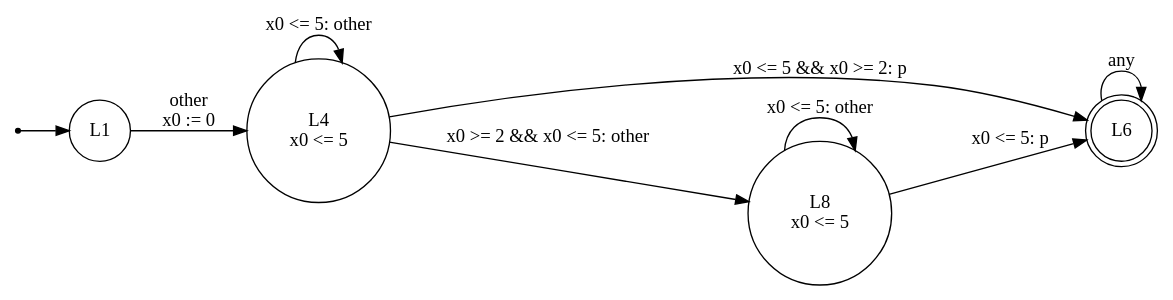
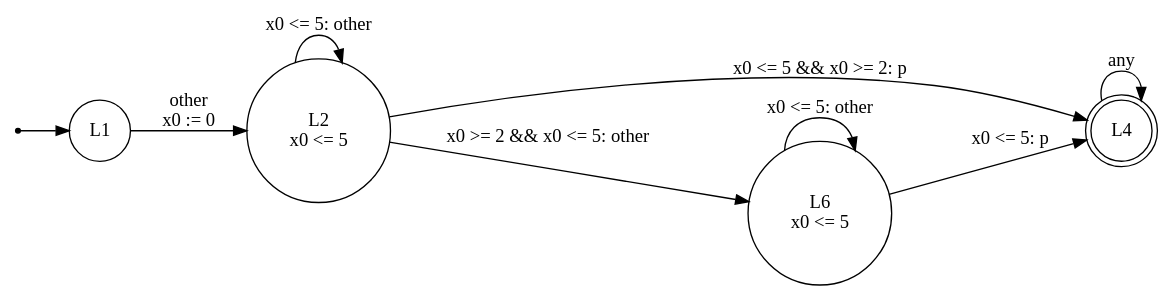
One commit to efares1/rocq-tba-optimization-uppaal-export changed the diagram in evaluation/out/F11.dot. Above: the diagram before and after it, drawn with Graphviz. The commit also changed 268 other files, not shown here.

```diff
--- a/evaluation/out/F11.dot
+++ b/evaluation/out/F11.dot
@@ -1,17 +1,17 @@
 digraph TA {
   rankdir=LR;
   node [shape=circle];
   init [shape=point];
   init -> L1;
   L1 [shape=circle, label="L1"];
-  L4 [shape=circle, label="L4\nx0 <= 5"];
-  L6 [shape=doublecircle, label="L6"];
-  L8 [shape=circle, label="L8\nx0 <= 5"];
-  L1 -> L4 [label="other\nx0 := 0"];
-  L4 -> L6 [label="x0 <= 5 && x0 >= 2: p"];
-  L4 -> L4 [label="x0 <= 5: other"];
-  L4 -> L8 [label="x0 >= 2 && x0 <= 5: other"];
-  L6 -> L6 [label="any"];
-  L8 -> L6 [label="x0 <= 5: p"];
-  L8 -> L8 [label="x0 <= 5: other"];
+  L2 [shape=circle, label="L2\nx0 <= 5"];
+  L4 [shape=doublecircle, label="L4"];
+  L6 [shape=circle, label="L6\nx0 <= 5"];
+  L1 -> L2 [label="other\nx0 := 0"];
+  L2 -> L4 [label="x0 <= 5 && x0 >= 2: p"];
+  L2 -> L2 [label="x0 <= 5: other"];
+  L2 -> L6 [label="x0 >= 2 && x0 <= 5: other"];
+  L4 -> L4 [label="any"];
+  L6 -> L4 [label="x0 <= 5: p"];
+  L6 -> L6 [label="x0 <= 5: other"];
 }
```
